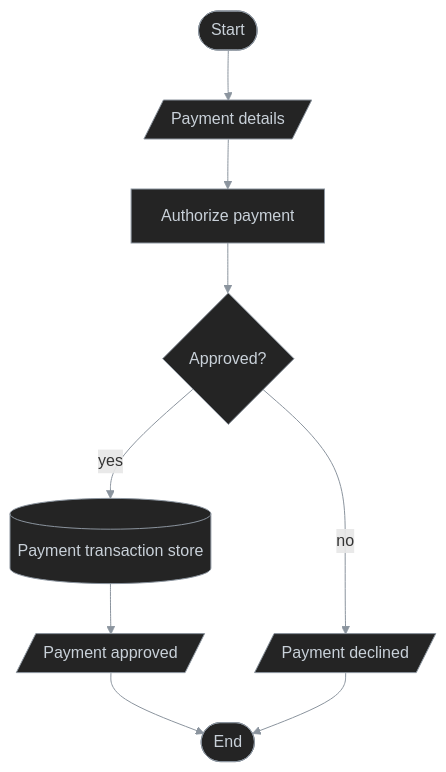
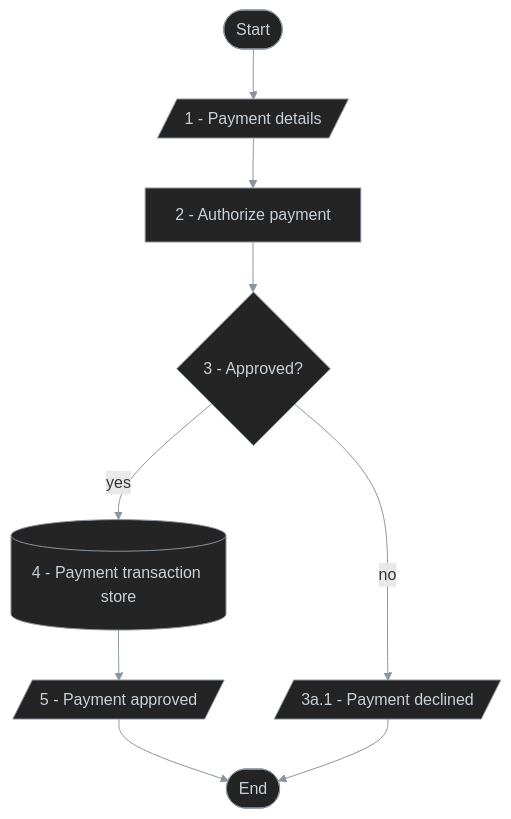
Before and after one commit to antshc/brain: the second of 8 diagrams in plugins/wf/skills/doc-behavior-diagram/README.md, drawn with Mermaid. The commit also changed other lines of this file, not shown here.

Commit message:
Update behavior diagram examples with hierarchical step numbering for clarity

````diff
--- a/plugins/wf/skills/doc-behavior-diagram/README.md
+++ b/plugins/wf/skills/doc-behavior-diagram/README.md
@@ -45,18 +47,19 @@
 ```mermaid
 %%{init: {'themeVariables': {'lineColor': '#8b949e'}}}%%
+%% diagram-id: process-payment-subprocess
 flowchart TD
     start(["Start"])
-    payment[/"Payment details"/]
-    authorize["Authorize payment"]
-    approved{"Approved?"}
-    transaction[("Payment transaction store")]
-    success[/"Payment approved"/]
-    failure[/"Payment declined"/]
+    payment[/"1 - Payment details"/]
+    authorize["2 - Authorize payment"]
+    approved{"3 - Approved?"}
+    transaction[("4 - Payment transaction store")]
+    success[/"5 - Payment approved"/]
+    failure[/"3a.1 - Payment declined"/]
     endNode(["End"])
 
     start --> payment --> authorize --> approved
     approved -- yes --> transaction --> success --> endNode
     approved -- no --> failure --> endNode
 
     classDef default fill:#242424,stroke:#8b949e,color:#c9d1d9,stroke-width:1px
 ```
````
